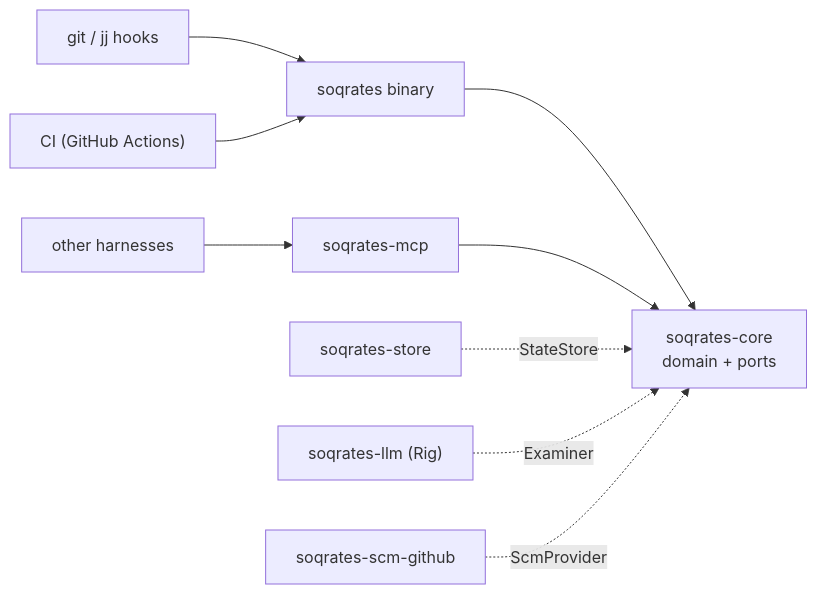
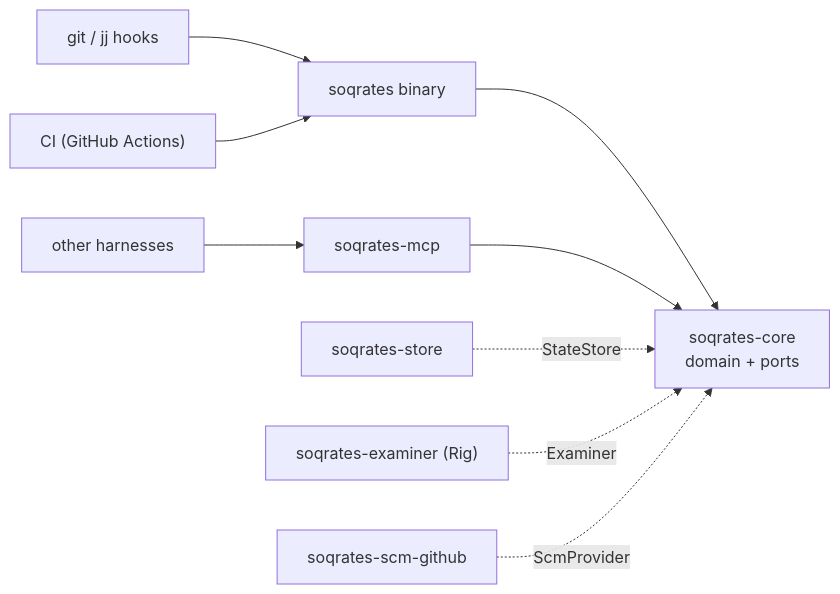
One commit to jvanbuel/soqrates changed the diagram in README.md. Above: the diagram before and after it, drawn with Mermaid. The commit also changed other lines of this file and 8 other files, not shown here.

First line of the commit message:
Rename soqrates-llm to soqrates-examiner and clarify D3

````diff
--- a/README.md
+++ b/README.md
@@ -16,12 +16,12 @@
 ```mermaid
 flowchart LR
     hooks["git / jj hooks"] --> cli
     ci["CI (GitHub Actions)"] --> cli
     harness["other harnesses"] --> mcp
     cli["soqrates binary"] --> core
     mcp["soqrates-mcp"] --> core
     core["soqrates-core<br/>domain + ports"]
     store["soqrates-store"] -. StateStore .-> core
-    llm["soqrates-llm (Rig)"] -. Examiner .-> core
+    examiner["soqrates-examiner (Rig)"] -. Examiner .-> core
     gh["soqrates-scm-github"] -. ScmProvider .-> core
 ```
````
